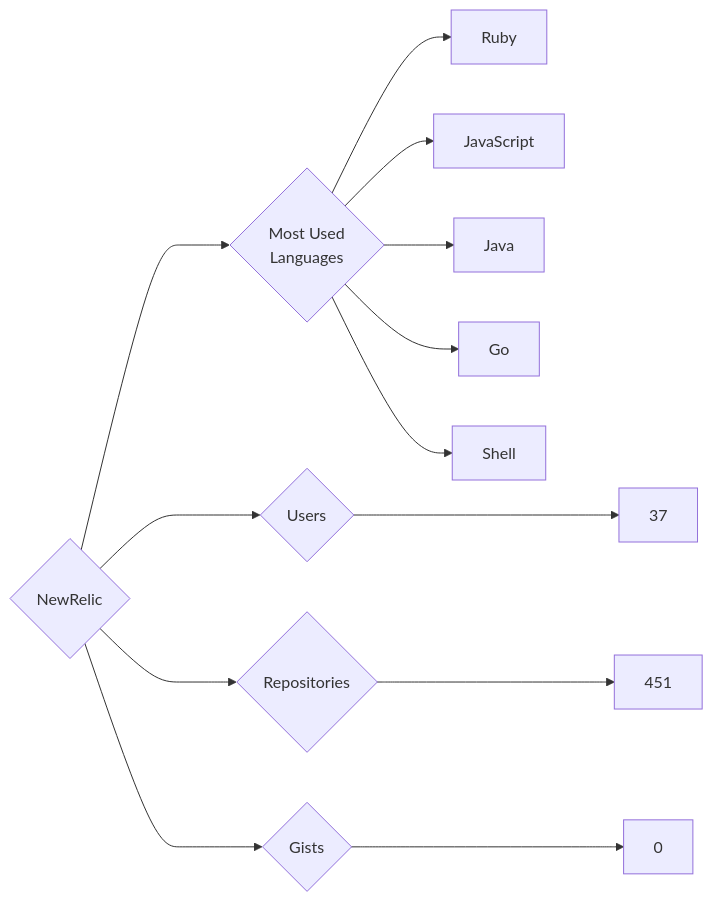
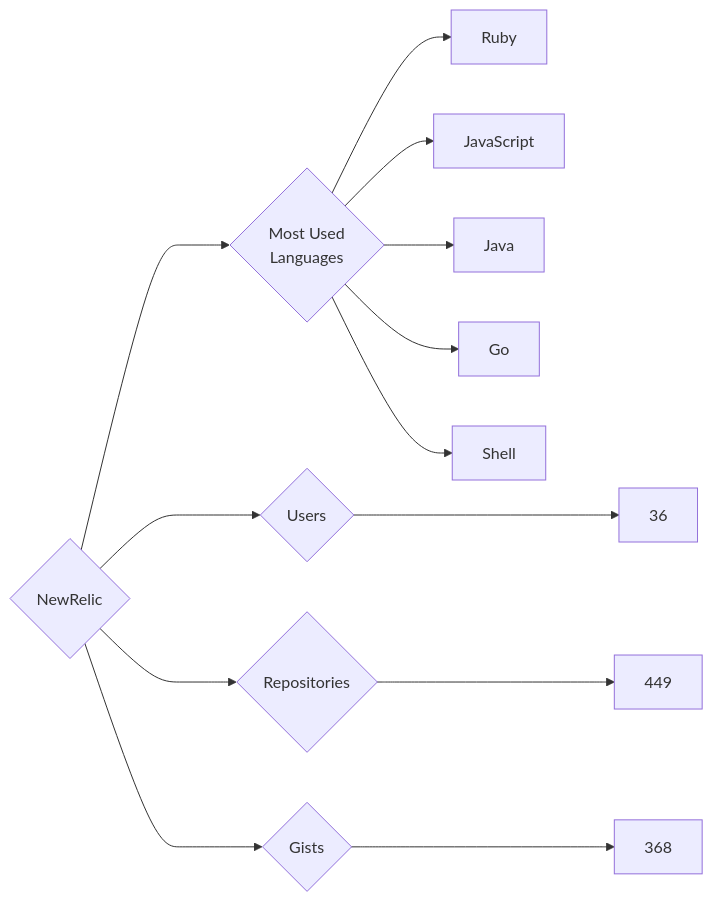
One commit to trickest/insiders changed the diagram in targets/NewRelic/README.md. Above: the diagram before and after it, drawn with Mermaid. The commit also changed 997 other files, not shown here.

````diff
--- a/targets/NewRelic/README.md
+++ b/targets/NewRelic/README.md
@@ -3,13 +3,13 @@
 ```mermaid
 graph LR
 COMPANY_NAME{NewRelic}
-COMPANY_NAME ---> U{Users} ---> UN[37]
-COMPANY_NAME ---> R{Repositories} ---> RN[451]
-COMPANY_NAME ---> G{Gists} ---> GN[0]
+COMPANY_NAME ---> U{Users} ---> UN[36]
+COMPANY_NAME ---> R{Repositories} ---> RN[449]
+COMPANY_NAME ---> G{Gists} ---> GN[368]
 COMPANY_NAME ---> ML{Most Used<br>Languages}
-ML --> Ruby
-ML --> JavaScript
-ML --> Java
-ML --> Go
-ML --> Shell
+ML --> Ruby[Ruby]
+ML --> JavaScript[JavaScript]
+ML --> Java[Java]
+ML --> Go[Go]
+ML --> Shell[Shell]
 ```
````
